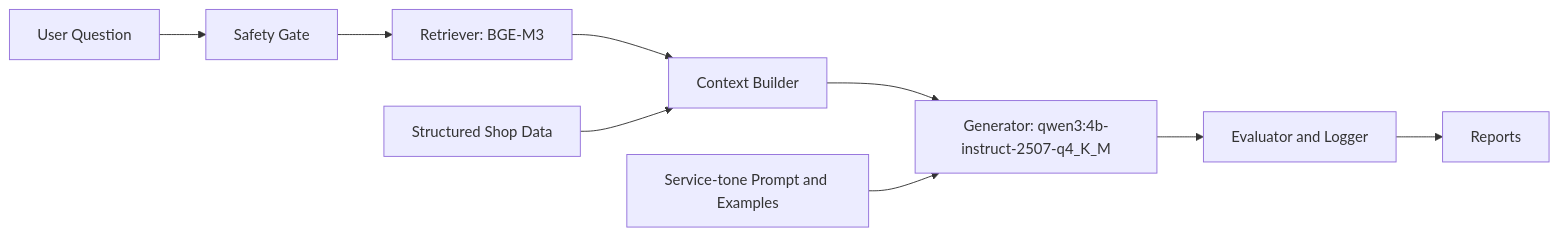
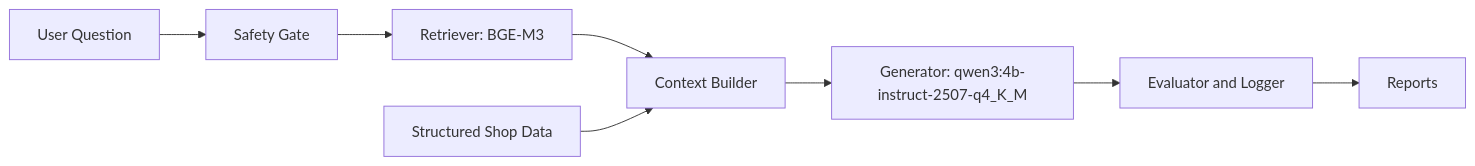
Before and after one commit to kimtaehoon1107-gif/dnf-llm-eval: the diagram in README.md, drawn with Mermaid. The commit also changed other lines of this file and 20 other files, not shown here.

Commit message:
Remove service tone from active project

````diff
--- a/README.md
+++ b/README.md
@@ -71,11 +71,10 @@
 ```mermaid
 flowchart LR
   Q["User Question"] --> S["Safety Gate"]
   S --> R["Retriever: BGE-M3"]
   R --> C["Context Builder"]
   D["Structured Shop Data"] --> C
   C --> G["Generator: qwen3:4b-instruct-2507-q4_K_M"]
-  T["Service-tone Prompt and Examples"] --> G
   G --> E["Evaluator and Logger"]
   E --> P["Reports"]
 ```
````
